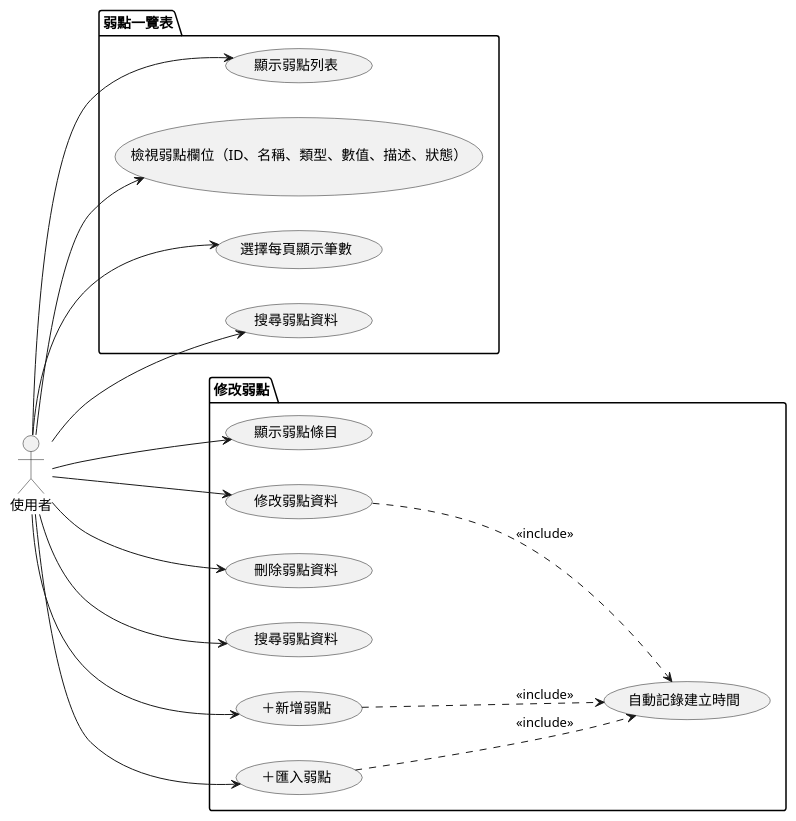
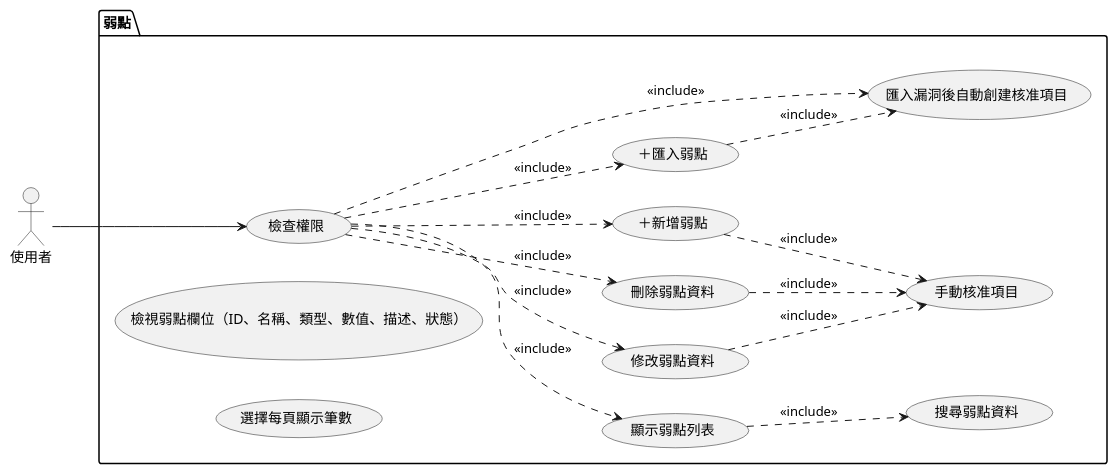
Before and after one commit to walle45611/NTUB_SecuManag_Diagram: the diagram in mermaid/use_case/vulnerability_overview&edit.puml, drawn with PlantUML. The commit also changed 7 other files, not shown here.

```diff
--- a/mermaid/use_case/vulnerability_overview&edit.puml
+++ b/mermaid/use_case/vulnerability_overview&edit.puml
@@ -1,39 +1,35 @@
-@startuml
+@startuml vulnerability_overview
 
 left to right direction
 
 actor 使用者
 
-package "弱點一覽表" {
+package "弱點" {
+    usecase "檢查權限" as UC12
     usecase "顯示弱點列表" as UC1
     usecase "檢視弱點欄位（ID、名稱、類型、數值、描述、狀態）" as UC2
     usecase "選擇每頁顯示筆數" as UC3
     usecase "搜尋弱點資料" as UC4
+    usecase "修改弱點資料" as UC5
+    usecase "刪除弱點資料" as UC6
+    usecase "＋新增弱點" as UC7
+    usecase "＋匯入弱點" as UC8
+    usecase "匯入漏洞後自動創建核准項目" as UC10
+    usecase "手動核准項目" as UC11
 }
 
-package "修改弱點" {
-    usecase "顯示弱點條目" as UC5
-    usecase "修改弱點資料" as UC6
-    usecase "刪除弱點資料" as UC7
-    usecase "搜尋弱點資料" as UC8
-    usecase "＋新增弱點" as UC9
-    usecase "＋匯入弱點" as UC10
-    usecase "自動記錄建立時間" as UC11
-}
+使用者 --> UC12
+UC12 .down.> UC1 : <<include>>
+UC12 .down.> UC5 : <<include>>
+UC12 .down.> UC6 : <<include>>
+UC12 .down.> UC7 : <<include>>
+UC12 .down.> UC8 : <<include>>
+UC12 .down.> UC10 : <<include>>
 
+UC1 .down.> UC4 : <<include>>
+UC5 .down.> UC11 : <<include>>
 UC6 .down.> UC11 : <<include>>
-UC9 .down.> UC11 : <<include>>
-UC10 .down.> UC11 : <<include>>
-
-使用者 --> UC1
-使用者 --> UC2
-使用者 --> UC3
-使用者 --> UC4
-使用者 --> UC5
-使用者 --> UC6
-使用者 --> UC7
-使用者 --> UC8
-使用者 --> UC9
-使用者 --> UC10
+UC7 .down.> UC11 : <<include>>
+UC8 .down.> UC10 : <<include>>
 
 @enduml
```
